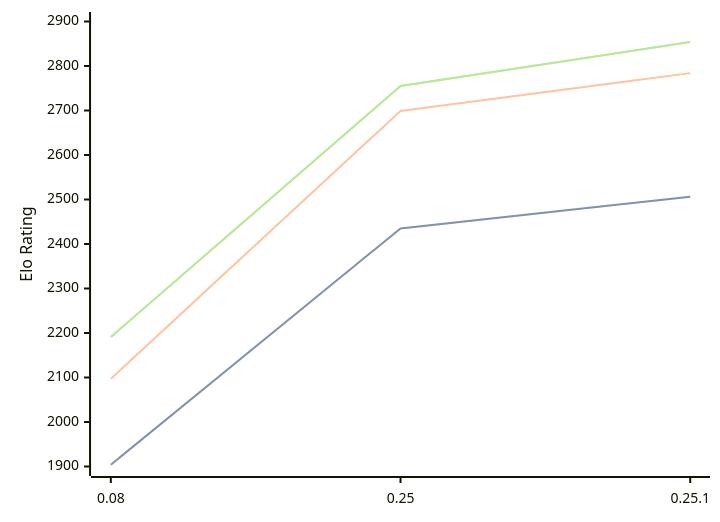
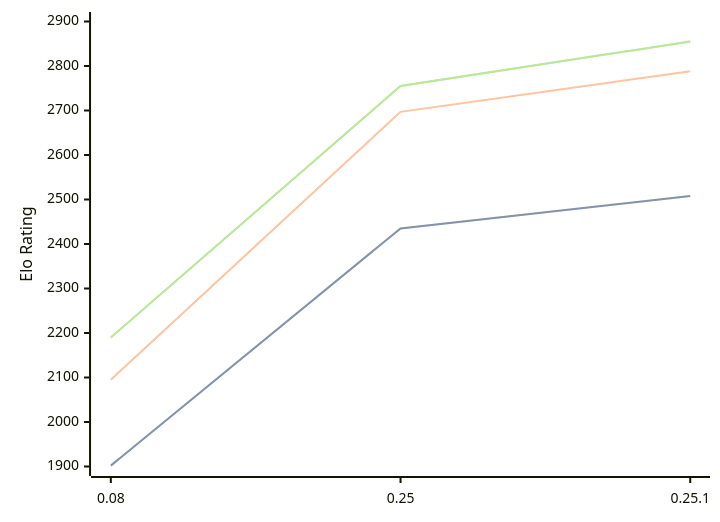
One commit to computer-chess-index/cci changed the diagram in engines/Gecko.md. Above: the diagram before and after it, drawn with Mermaid. The commit also changed other lines of this file, not shown here.

Commit message:
Update CCI Ratings (ELO VLTC) - 2026-04-16

````diff
--- a/engines/Gecko.md
+++ b/engines/Gecko.md
@@ -33,11 +33,11 @@
 ```mermaid
 %%{init: {"theme":"base","themeVariables":{"seriesColors:['#a3a3a3','#222221','#faa371']}}}%%
 xychart-beta
   x-axis ["0.08", "0.25", "0.25.1"]
   y-axis "Elo Rating" 1900 --> 2900
-  line "STC (8.0+0.08s)" [1904, 2435, 2506]
-  line "STC (8.0+0.08s)" [1904, 2435, 2506]
-  line "LTC (60.0+0.60s)" [2097, 2699, 2784]
-  line "VLTC (2m24s+1.12s)" [2191, 2755, 2854]
-  line "VLTC (2m24s+1.12s)" [2191, 2755, 2854]
+  line "STC (8.0+0.08s)" [1902, 2435, 2508]
+  line "STC (8.0+0.08s)" [1902, 2435, 2508]
+  line "LTC (60.0+0.60s)" [2095, 2697, 2788]
+  line "VLTC (2m24s+1.12s)" [2190, 2755, 2855]
+  line "VLTC (2m24s+1.12s)" [2190, 2755, 2855]
 ```
````
